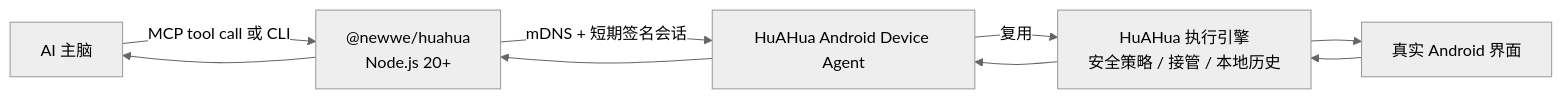
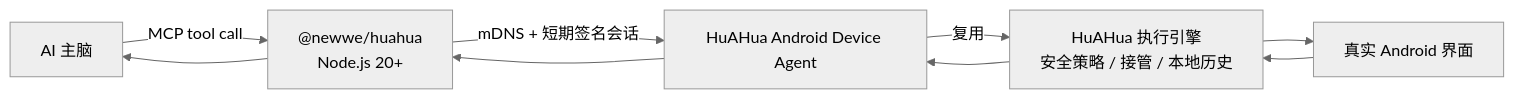
The diagram in mcp-bootstrap/README.md (sidhu-master/huahua-device-runtime), drawn with Mermaid (neutral theme) before and after one commit. The commit also changed other lines of this file and 6 other files, not shown here.

````diff
--- a/mcp-bootstrap/README.md
+++ b/mcp-bootstrap/README.md
@@ -30,8 +31,8 @@
 ```mermaid
 flowchart LR
-    AI["AI 主脑"] -->|"MCP tool call 或 CLI"| MCP["@newwe/huahua\nNode.js 20+"]
+    AI["AI 主脑"] -->|"MCP tool call"| MCP["@newwe/huahua\nNode.js 20+"]
     MCP -->|"mDNS + 短期签名会话"| PHONE["HuAHua Android Device Agent"]
     PHONE -->|"复用"| ENGINE["HuAHua 执行引擎\n安全策略 / 接管 / 本地历史"]
     ENGINE --> UI["真实 Android 界面"]
     UI --> ENGINE --> PHONE --> MCP --> AI
 ```
````
